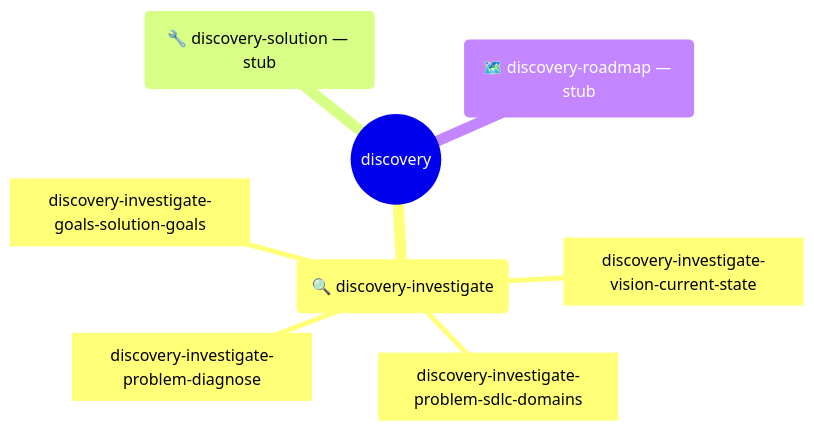
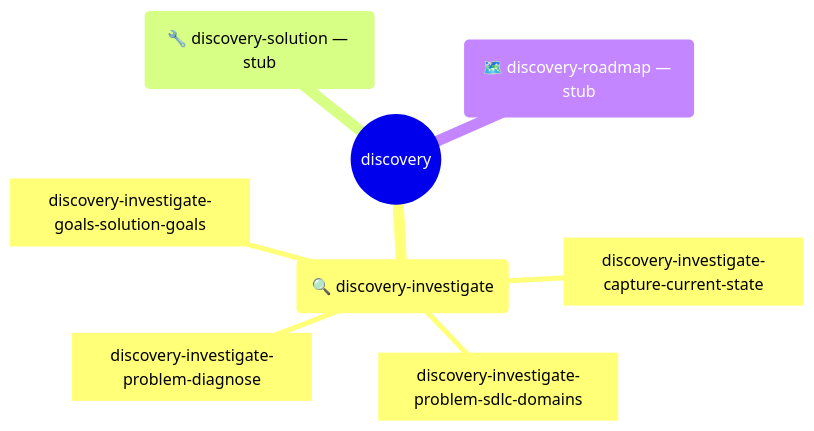
Before and after one commit to DataArt/adlc-discovery-tool: the diagram in .claude/skills/discovery/SKILL.md, drawn with Mermaid. The commit also changed other lines of this file and 79 other files, not shown here.

Commit message:
docs(process): rename Vision stage to Capture throughout AI SDLC

````diff
--- a/.claude/skills/discovery/SKILL.md
+++ b/.claude/skills/discovery/SKILL.md
@@ -33,11 +33,11 @@
 ```mermaid
 mindmap
   root((discovery))
     investigate("🔍 discovery-investigate")
-      vision["discovery-investigate-vision-current-state"]
+      capture["discovery-investigate-capture-current-state"]
       domains["discovery-investigate-problem-sdlc-domains"]
       diagnose["discovery-investigate-problem-diagnose"]
       goals["discovery-investigate-goals-solution-goals"]
     solution("🔧 discovery-solution — stub")
     roadmap("🗺️ discovery-roadmap — stub")
 ```
````
